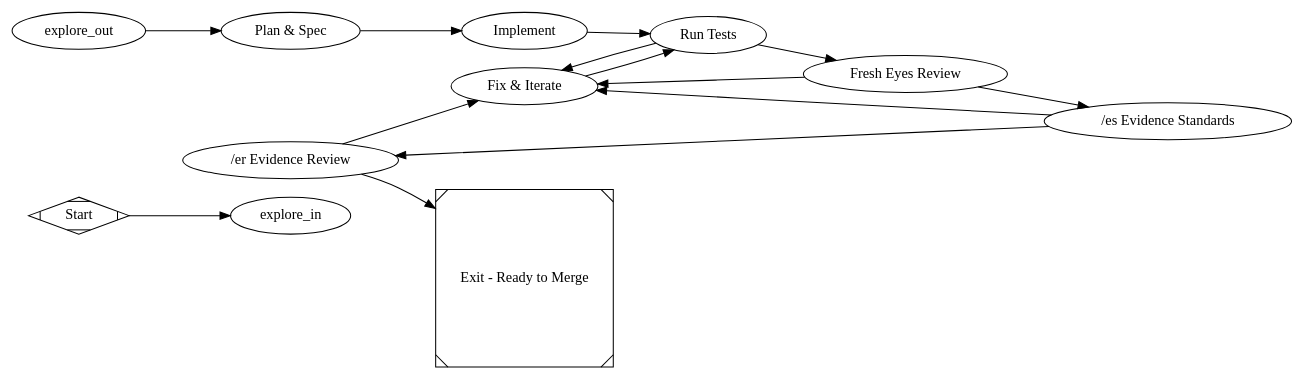
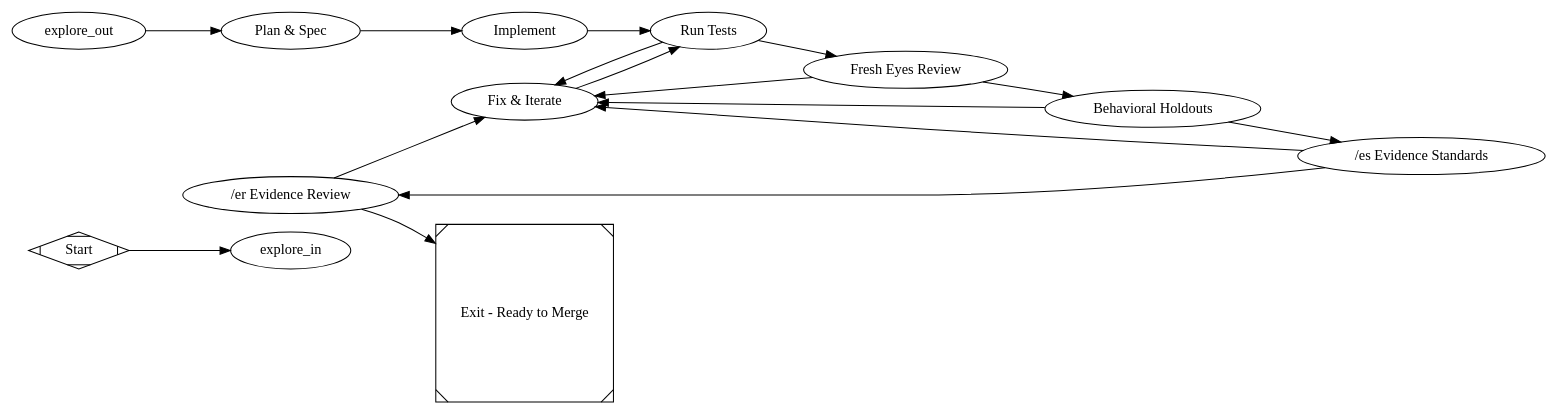
The diagram in pipelines/slim/minimal_pr.dot (jleechanorg/dark-factory), drawn with Graphviz before and after one commit. The commit also changed 2 other files, not shown here.

Commit message:
feat(slim): add behavioral holdout gate to minimal_pr + research prompt (WIP)
- minimal_pr.dot: holdout_eval node between review and gate_es
  (goal_gate, retry_target=fix, timeout 600)
- tests/test_slim.py: holdout in expected trajectory, fake handler pinned
- prompts/slim/research.md: research node prompt (not yet wired into a graph)

```diff
--- a/pipelines/slim/minimal_pr.dot
+++ b/pipelines/slim/minimal_pr.dot
@@ -1,87 +1,99 @@
 digraph MinimalPRFactory {
   graph [
     include="@pipelines/_base.dot",
     goal="Iterate on an in-flight PR: passes tests, review, and evidence gates"
     rankdir=LR
     model_stylesheet="minimal_feature.model.css"
   ]
 
   start [shape=Mdiamond, label="Start"]
   exit  [shape=Msquare, label="Exit - Ready to Merge"]
 
   // _base.dot provides: explore_in, explore_fanout, explore_{concept,auth,
   // reuse,risks}, explore_join, explore_out.
 
   plan [
     type="codergen",
     label="Plan & Spec",
     class="plan",
     prompt="@prompts/slim/plan.md"
   ]
 
   implement [
     type="codergen",
     label="Implement",
     class="implement",
     prompt="@prompts/slim/implement.md",
     max_retries=2
   ]
 
   test [
     type="tool",
     label="Run Tests",
     command="${state.slim.test_command}",
     validation=true,
     goal_gate=true,
     timeout=600,
     retry_target="fix"
   ]
 
   review [
     type="codergen",
     label="Fresh Eyes Review",
     class="review",
     prompt="@prompts/slim/review.md",
     goal_gate=true,
     retry_target="fix"
   ]
 
+  holdout [
+    type="holdout_eval",
+    label="Behavioral Holdouts",
+    validation=true,
+    goal_gate=true,
+    timeout=600,
+    retry_target="fix"
+  ]
+
   gate_es [
     type="gate_es",
     label="/es Evidence Standards",
     timeout=600
   ]
 
   gate_er [
     type="gate_er",
     label="/er Evidence Review",
     timeout=600
   ]
 
   fix [
     type="codergen",
     label="Fix & Iterate",
     class="fix",
     prompt="@prompts/slim/fix.md",
     max_retries=2
   ]
 
   start -> explore_in
   explore_out -> plan
   plan -> implement
   implement -> test
 
   test -> review [condition="outcome=success"]
   test -> fix [condition="outcome!=success"]
 
-  review -> gate_es [condition="outcome=success"]
+  review -> holdout [condition="outcome=success"]
   review -> fix [condition="outcome!=success"]
+
+  holdout -> gate_es [condition="outcome=success"]
+  holdout -> fix [condition="outcome!=success"]
 
   gate_es -> gate_er [condition="outcome=success"]
   gate_es -> fix [condition="outcome!=success"]
 
   gate_er -> exit [condition="outcome=success"]
   gate_er -> fix [condition="outcome!=success"]
 
   fix -> test
 }
```
